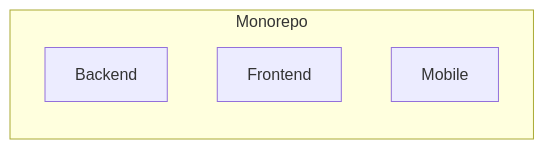
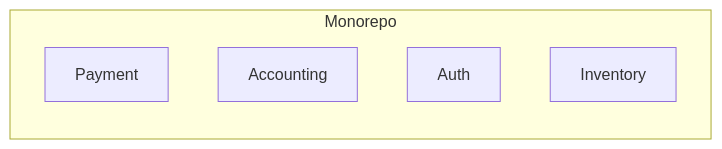
One commit to developer-friendly/blog changed the first of 2 diagrams in docs/posts/2024/0019-selective-builds.md. Above: the diagram before and after it, drawn with Mermaid. The commit also changed other lines of this file and 8 other files, not shown here.

````diff
--- a/docs/posts/2024/0019-selective-builds.md
+++ b/docs/posts/2024/0019-selective-builds.md
@@ -69,8 +70,9 @@
 ```mermaid
 flowchart LR
     subgraph Monorepo
-        Backend
-        Frontend
-        Mobile
+        Payment
+        Accounting
+        Auth
+        Inventory
     end
 ```
````
